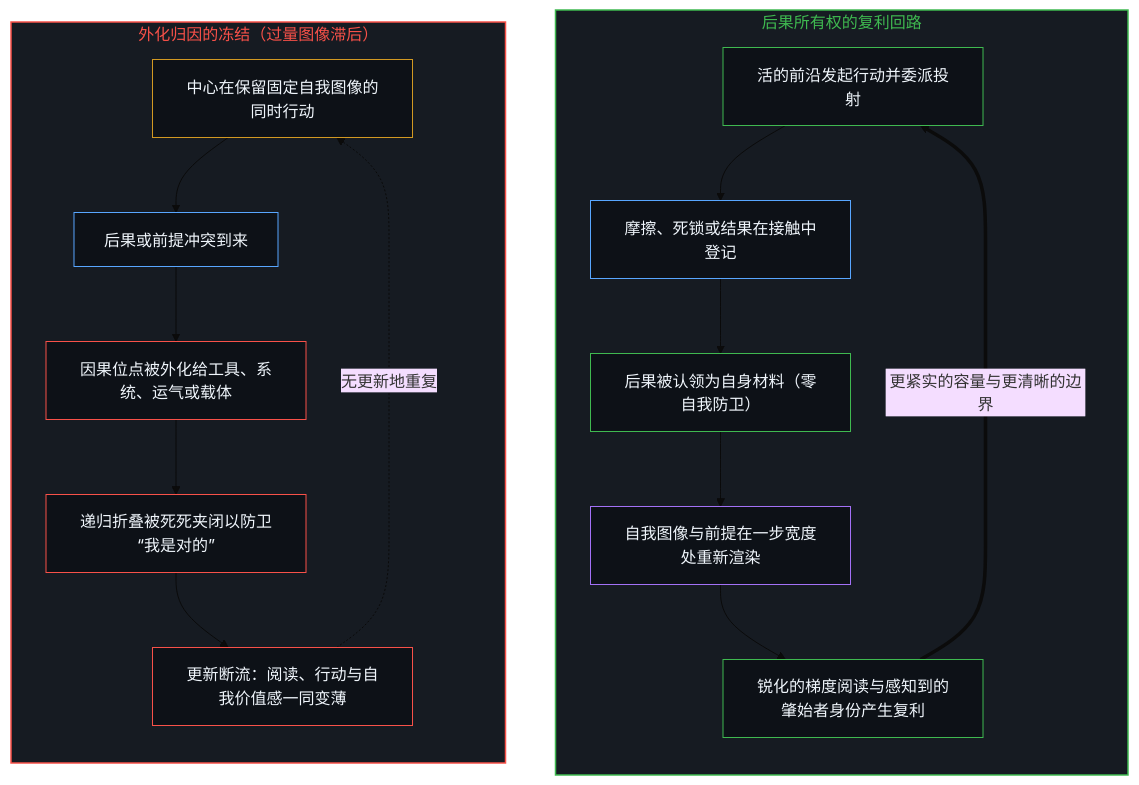
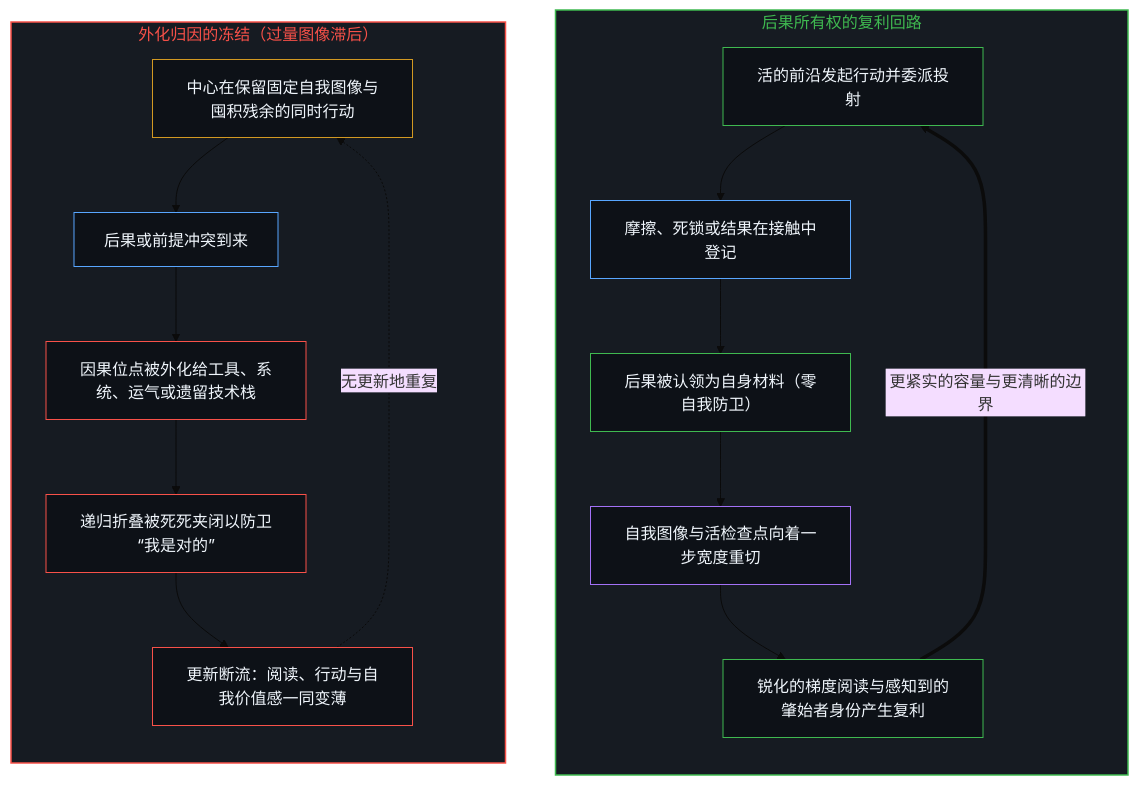
One commit to powerpig99/not-a-toe changed the first of 2 diagrams in content/posts/ownership-and-self-worthiness.md. Above: the diagram before and after it, drawn with Mermaid (base theme). The commit also changed other lines of this file and 12 other files, not shown here.

````diff
--- a/content/posts/ownership-and-self-worthiness.md
+++ b/content/posts/ownership-and-self-worthiness.md
@@ -45,37 +45,37 @@
 ```mermaid
 flowchart TD
     subgraph S_Compound["后果所有权的复利回路"]
         direction TB
         Act["活的前沿发起行动并委派投射"]
         Signal["摩擦、死锁或结果在接触中登记"]
         Claim["后果被认领为自身材料（零自我防卫）"]
-        Render["自我图像与前提在一步宽度处重新渲染"]
+        Render["自我图像与活检查点向着一步宽度重切"]
         Scale["锐化的梯度阅读与感知到的肇始者身份产生复利"]
         Act --> Signal --> Claim --> Render --> Scale
         Scale ==>|"更紧实的容量与更清晰的边界"| Act
     end
 
     subgraph S_Freeze["外化归因的冻结（过量图像滞后）"]
         direction TB
-        F_Act["中心在保留固定自我图像的同时行动"]
+        F_Act["中心在保留固定自我图像与囤积残余的同时行动"]
         F_Signal["后果或前提冲突到来"]
-        F_Blame["因果位点被外化给工具、系统、运气或载体"]
+        F_Blame["因果位点被外化给工具、系统、运气或遗留技术栈"]
         F_Clamp["递归折叠被死死夹闭以防卫“我是对的”"]
         F_Drift["更新断流：阅读、行动与自我价值感一同变薄"]
         F_Act --> F_Signal --> F_Blame --> F_Clamp --> F_Drift
         F_Drift -.->|"无更新地重复"| F_Act
     end
 
     style S_Compound fill:#161b22,stroke:#3fb950,stroke-width:1.5px,color:#3fb950
     style S_Freeze fill:#161b22,stroke:#f85149,stroke-width:1.5px,color:#f85149
     style Act fill:#0d1117,stroke:#3fb950,stroke-width:1px,color:#f0f6fc
     style Signal fill:#0d1117,stroke:#58a6ff,stroke-width:1px,color:#f0f6fc
     style Claim fill:#0d1117,stroke:#3fb950,stroke-width:1px,color:#f0f6fc
     style Render fill:#0d1117,stroke:#a371f7,stroke-width:1px,color:#f0f6fc
     style Scale fill:#0d1117,stroke:#3fb950,stroke-width:1px,color:#f0f6fc
     style F_Act fill:#0d1117,stroke:#d29922,stroke-width:1px,color:#f0f6fc
     style F_Signal fill:#0d1117,stroke:#58a6ff,stroke-width:1px,color:#f0f6fc
     style F_Blame fill:#0d1117,stroke:#f85149,stroke-width:1px,color:#f0f6fc
     style F_Clamp fill:#0d1117,stroke:#f85149,stroke-width:1px,color:#f0f6fc
     style F_Drift fill:#0d1117,stroke:#f85149,stroke-width:1px,color:#f0f6fc
 ```
````
